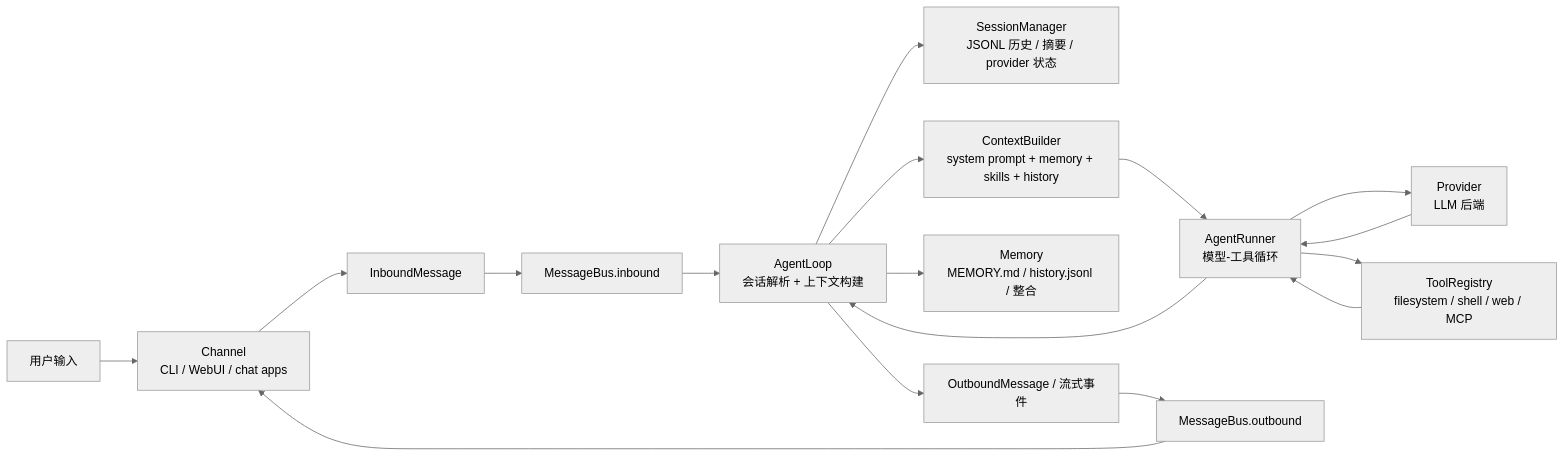
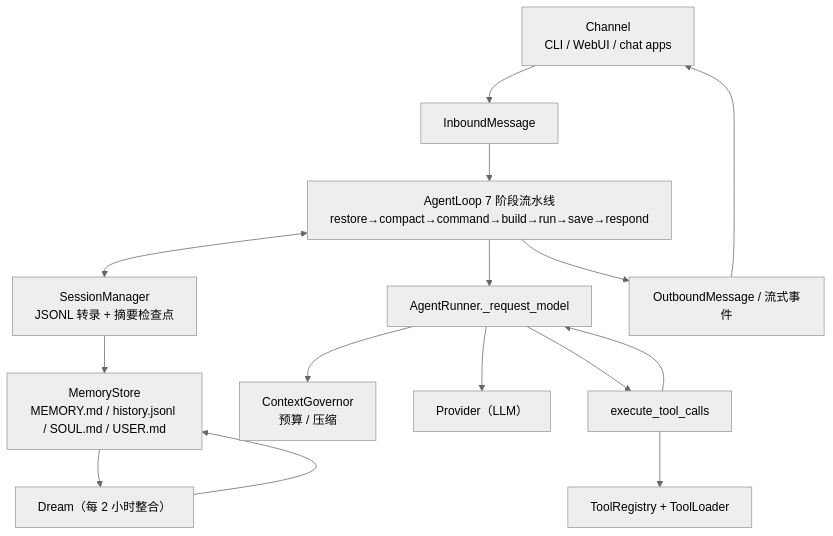
One commit to Kyouko5/kyobot changed the diagram in docs/architecture.md. Above: the diagram before and after it, drawn with Mermaid (neutral theme). The commit also changed other lines of this file and 7 other files, not shown here.

````diff
--- a/docs/architecture.md
+++ b/docs/architecture.md
@@ -74,19 +22,16 @@
 ```mermaid
-flowchart LR
-    U["用户输入"] --> CH["Channel<br/>CLI / WebUI / chat apps"]
-    CH --> IM["InboundMessage"]
-    IM --> BUS["MessageBus.inbound"]
-    BUS --> LOOP["AgentLoop<br/>会话解析 + 上下文构建"]
-    LOOP --> SESS["SessionManager<br/>JSONL 历史 / 摘要 / provider 状态"]
-    LOOP --> CTX["ContextBuilder<br/>system prompt + memory + skills + history"]
-    CTX --> RUNNER["AgentRunner<br/>模型-工具循环"]
-    RUNNER --> PROV["Provider<br/>LLM 后端"]
-    RUNNER --> TOOLS["ToolRegistry<br/>filesystem / shell / web / MCP"]
-    PROV --> RUNNER
-    TOOLS --> RUNNER
-    RUNNER --> LOOP
-    LOOP --> MEM["Memory<br/>MEMORY.md / history.jsonl / 整合"]
-    LOOP --> OM["OutboundMessage / 流式事件"]
-    OM --> BUS2["MessageBus.outbound"]
-    BUS2 --> CH
+flowchart TB
+    CLI["Channel<br/>CLI / WebUI / chat apps"] --> IB["InboundMessage"]
+    IB --> STAGE["AgentLoop 7 阶段流水线<br/>restore→compact→command→build→run→save→respond"]
+    STAGE <--> SESS["SessionManager<br/>JSONL 转录 + 摘要检查点"]
+    STAGE --> REQ["AgentRunner._request_model"]
+    REQ --> GOV["ContextGovernor<br/>预算 / 压缩"]
+    REQ --> PROV["Provider（LLM）"]
+    REQ --> TOOLX["execute_tool_calls"]
+    TOOLX --> REG["ToolRegistry + ToolLoader"]
+    TOOLX --> REQ
+    SESS --> MEM["MemoryStore<br/>MEMORY.md / history.jsonl / SOUL.md / USER.md"]
+    MEM --> DREAM["Dream（每 2 小时整合）"]
+    DREAM --> MEM
+    STAGE --> OB["OutboundMessage / 流式事件"] --> CLI
 ```
````
